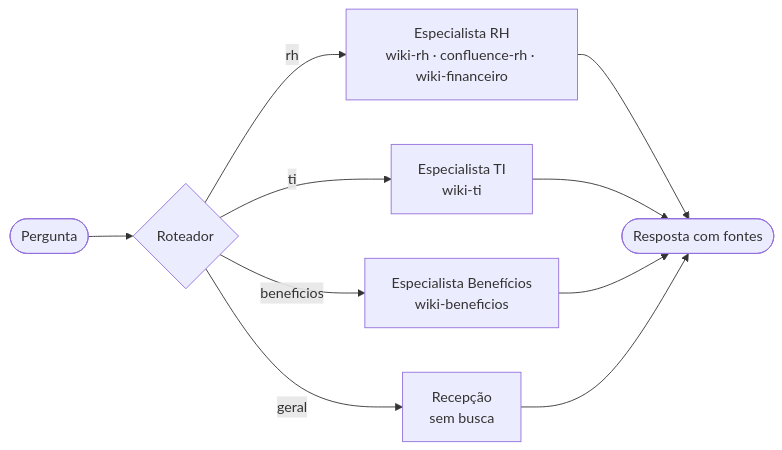
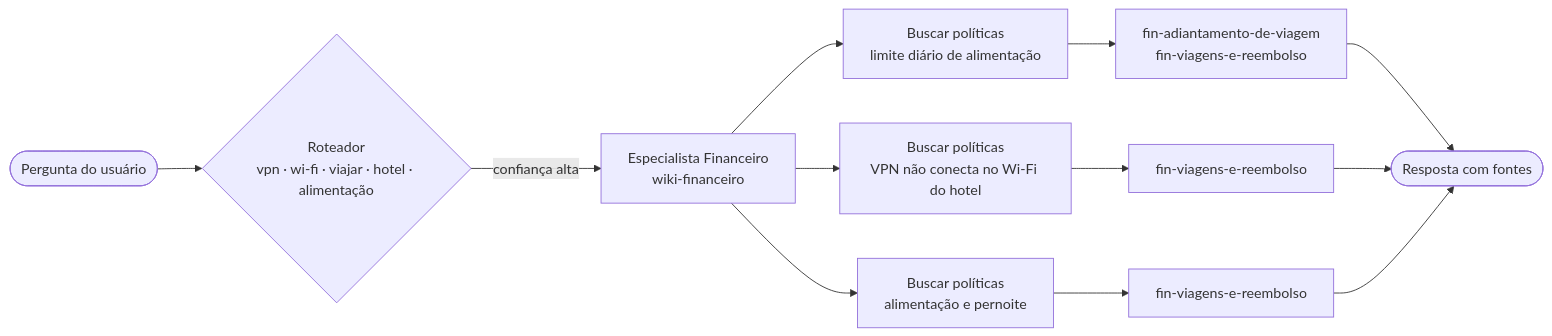
One commit to HG570/ai-agents-engineering-v2 changed the diagram in encontro-04/NOTA-ARQUITETURA.md. Above: the diagram before and after it, drawn with Mermaid. The commit also changed other lines of this file, not shown here.

````diff
--- a/encontro-04/NOTA-ARQUITETURA.md
+++ b/encontro-04/NOTA-ARQUITETURA.md
@@ -22,12 +22,20 @@
 ```mermaid
 flowchart LR
-    P([Pergunta]) --> R{Roteador}
-    R -->|rh| RH[Especialista RH<br/>wiki-rh · confluence-rh · wiki-financeiro]
-    R -->|ti| TI[Especialista TI<br/>wiki-ti]
-    R -->|beneficios| BE[Especialista Benefícios<br/>wiki-beneficios]
-    R -->|geral| GE[Recepção<br/>sem busca]
-    RH --> S([Resposta com fontes])
-    TI --> S
-    BE --> S
-    GE --> S
+    P([Pergunta do usuário])
+
+    P --> R{Roteador<br/>vpn · wi-fi · viajar · hotel · alimentação}
+
+    R -->|confiança alta| F["Especialista Financeiro<br/>wiki-financeiro"]
+
+    F --> B1["Buscar políticas<br/>limite diário de alimentação"]
+    F --> B2["Buscar políticas<br/>VPN não conecta no Wi‑Fi do hotel"]
+    F --> B3["Buscar políticas<br/>alimentação e pernoite"]
+
+    B1 --> D1["fin-adiantamento-de-viagem<br/>fin-viagens-e-reembolso"]
+    B2 --> D2[fin-viagens-e-reembolso]
+    B3 --> D3[fin-viagens-e-reembolso]
+
+    D1 --> S([Resposta com fontes])
+    D2 --> S
+    D3 --> S
 ```
````
